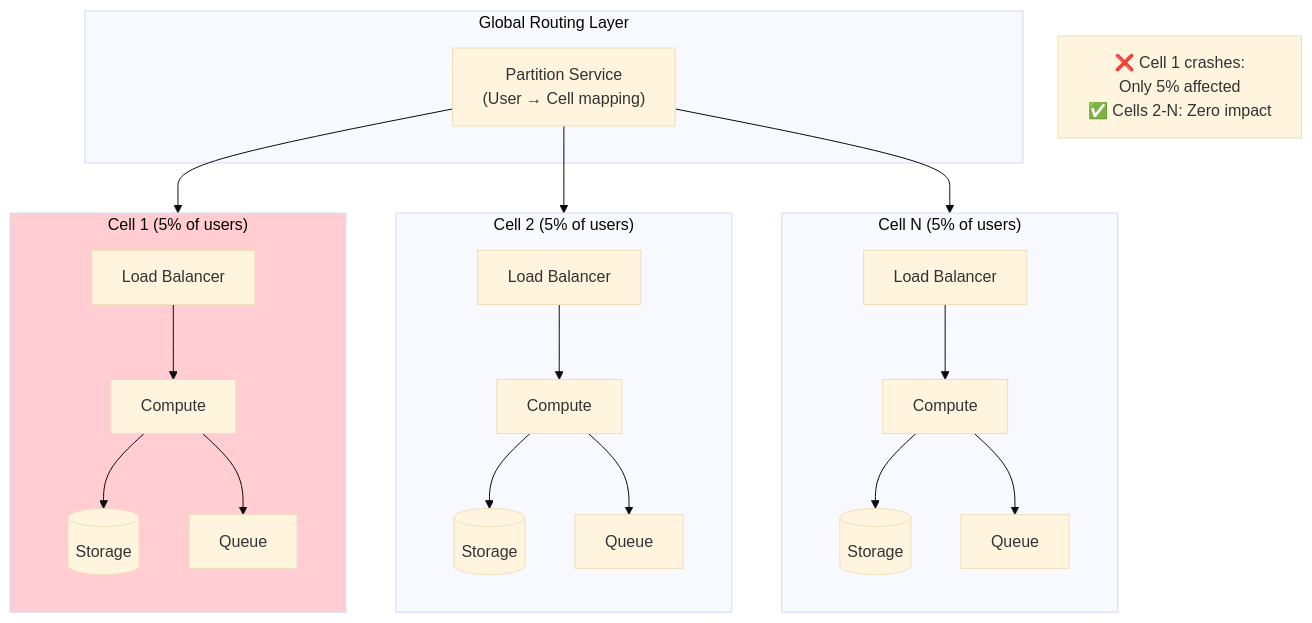
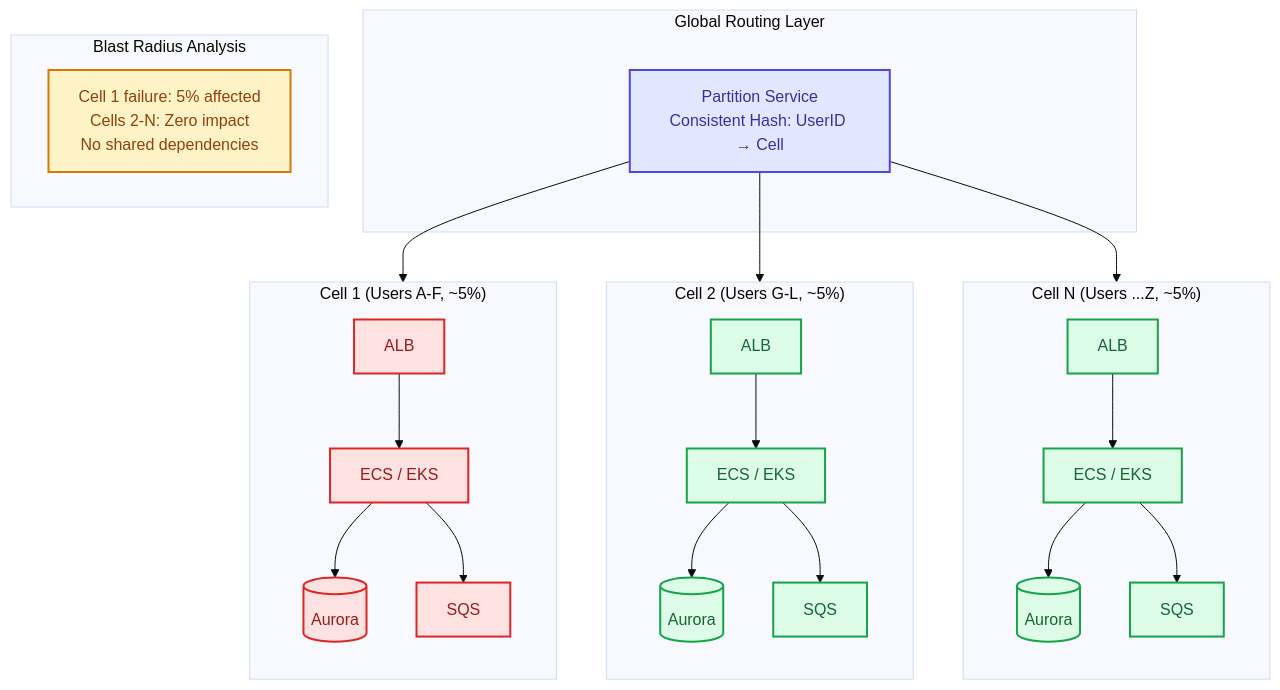
Before and after one commit to udaytamma/Cyrus: the second of 2 diagrams in gemini-responses/bulkhead-pattern-20260120-1301.md, drawn with Mermaid (base theme). The commit also changed other lines of this file and 28 other files, not shown here.

First line of the commit message:
Upgrade Knowledge Base Mermaid diagrams to professional styling

````diff
--- a/gemini-responses/bulkhead-pattern-20260120-1301.md
+++ b/gemini-responses/bulkhead-pattern-20260120-1301.md
@@ -144,43 +156,54 @@
 ```mermaid
 flowchart TB
     subgraph Router["Global Routing Layer"]
-        R["Partition Service<br/>(User → Cell mapping)"]
+        R["Partition Service<br/>Consistent Hash: UserID → Cell"]
     end
 
-    subgraph Cell1["Cell 1 (5% of users)"]
+    subgraph Cell1["Cell 1 (Users A-F, ~5%)"]
         direction TB
-        LB1["Load Balancer"]
-        APP1["Compute"]
-        DB1[("Storage")]
-        Q1["Queue"]
+        LB1["ALB"]
+        APP1["ECS / EKS"]
+        DB1[("Aurora")]
+        Q1["SQS"]
         LB1 --> APP1 --> DB1
         APP1 --> Q1
-        style Cell1 fill:#ffcdd2
     end
 
-    subgraph Cell2["Cell 2 (5% of users)"]
+    subgraph Cell2["Cell 2 (Users G-L, ~5%)"]
         direction TB
-        LB2["Load Balancer"]
-        APP2["Compute"]
-        DB2[("Storage")]
-        Q2["Queue"]
+        LB2["ALB"]
+        APP2["ECS / EKS"]
+        DB2[("Aurora")]
+        Q2["SQS"]
         LB2 --> APP2 --> DB2
         APP2 --> Q2
     end
 
-    subgraph CellN["Cell N (5% of users)"]
+    subgraph CellN["Cell N (Users ...Z, ~5%)"]
         direction TB
-        LBN["Load Balancer"]
-        APPN["Compute"]
-        DBN[("Storage")]
-        QN["Queue"]
+        LBN["ALB"]
+        APPN["ECS / EKS"]
+        DBN[("Aurora")]
+        QN["SQS"]
         LBN --> APPN --> DBN
         APPN --> QN
+    end
+
+    subgraph Impact["Blast Radius Analysis"]
+        I1["Cell 1 failure: 5% affected<br/>Cells 2-N: Zero impact<br/>No shared dependencies"]
     end
 
     R --> Cell1
     R --> Cell2
     R --> CellN
 
-    Note1["❌ Cell 1 crashes:<br/>Only 5% affected<br/>✅ Cells 2-N: Zero impact"]
+    classDef router fill:#e0e7ff,stroke:#4f46e5,color:#3730a3,stroke-width:2px
+    classDef failed fill:#fee2e2,stroke:#dc2626,color:#991b1b,stroke-width:2px
+    classDef healthy fill:#dcfce7,stroke:#16a34a,color:#166534,stroke-width:2px
+    classDef impact fill:#fef3c7,stroke:#d97706,color:#92400e,stroke-width:2px
+
+    class R router
+    class LB1,APP1,DB1,Q1 failed
+    class LB2,APP2,DB2,Q2,LBN,APPN,DBN,QN healthy
+    class I1 impact
 ```
````
